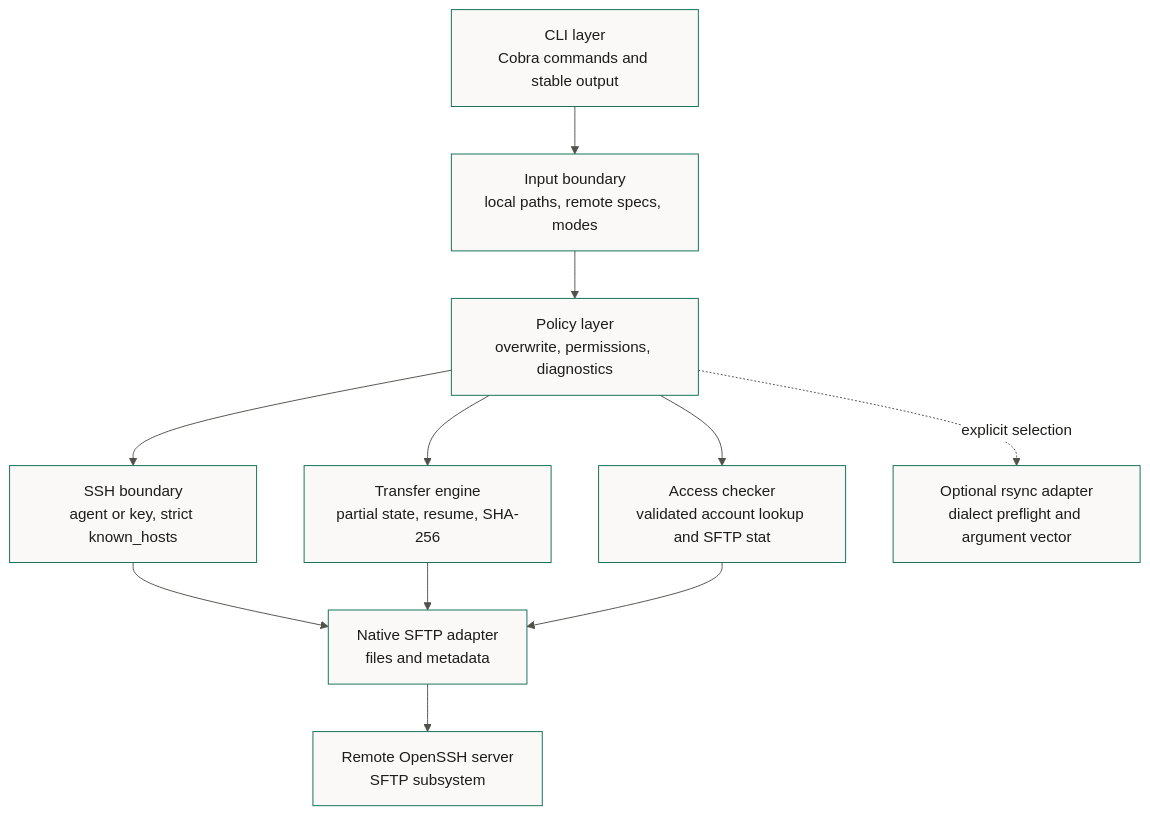
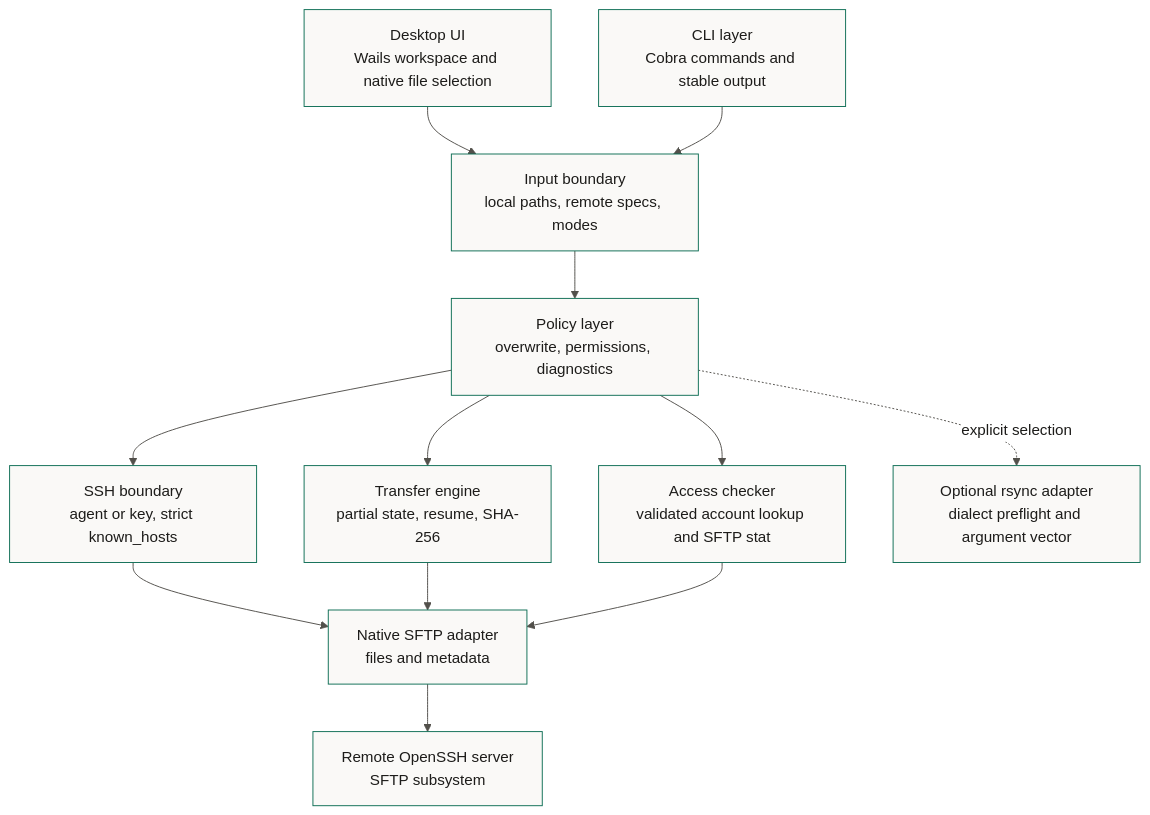
One commit to bashatahamal/vericopy changed the first of 2 diagrams in docs/architecture.md. Above: the diagram before and after it, drawn with Mermaid. The commit also changed other lines of this file and 14 other files, not shown here.

````diff
--- a/docs/architecture.md
+++ b/docs/architecture.md
@@ -9,31 +9,33 @@
 ```mermaid
 ---
 config:
   theme: base
   themeVariables:
     primaryColor: '#faf9f7'
     primaryTextColor: '#1d1c1a'
     primaryBorderColor: '#0e6e55'
     lineColor: '#52504b'
     secondaryColor: '#ffffff'
     tertiaryColor: '#e6e3dc'
     clusterBkg: '#ffffff'
     clusterBorder: '#a16f0b'
 ---
 flowchart TB
+    Desktop["Desktop UI<br>Wails workspace and native file selection"]
     CLI["CLI layer<br>Cobra commands and stable output"]
     Parse["Input boundary<br>local paths, remote specs, modes"]
     Policy["Policy layer<br>overwrite, permissions, diagnostics"]
     SSH["SSH boundary<br>agent or key, strict known_hosts"]
     Engine["Transfer engine<br>partial state, resume, SHA-256"]
     SFTP["Native SFTP adapter<br>files and metadata"]
     Access["Access checker<br>validated account lookup and SFTP stat"]
     Rsync["Optional rsync adapter<br>dialect preflight and argument vector"]
     Remote["Remote OpenSSH server<br>SFTP subsystem"]
 
+    Desktop --> Parse
     CLI --> Parse --> Policy
     Policy --> SSH --> SFTP --> Remote
     Policy --> Engine --> SFTP
     Policy --> Access --> SFTP
     Policy -. explicit selection .-> Rsync
 ```
````
